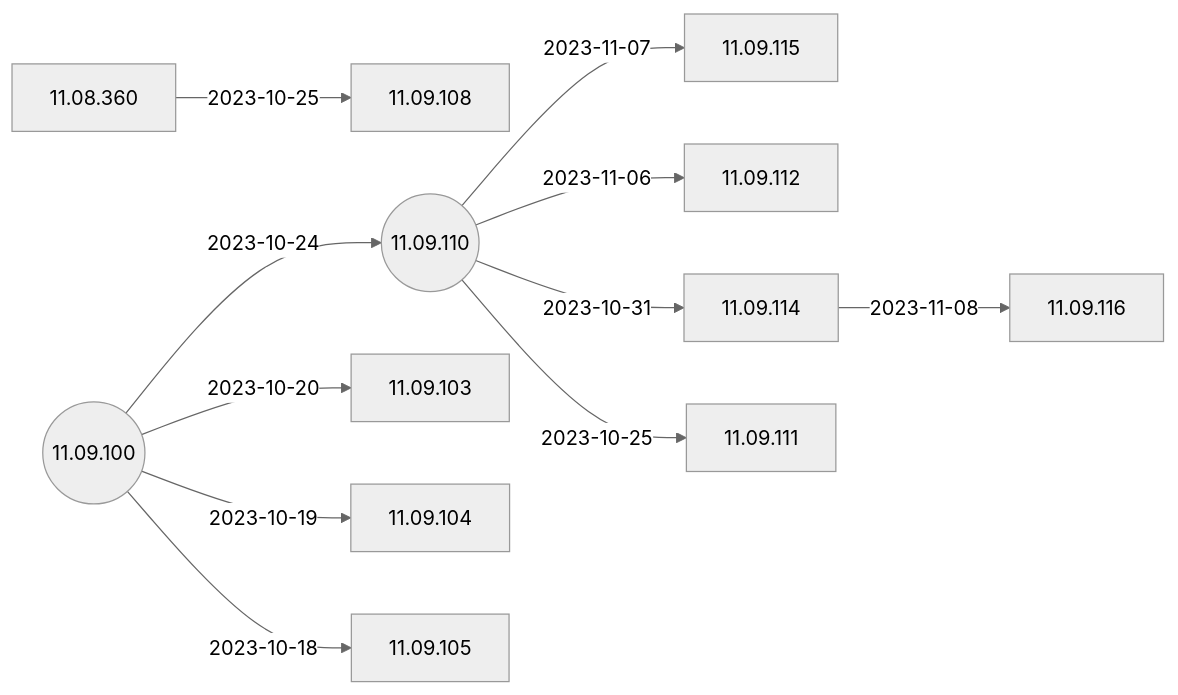
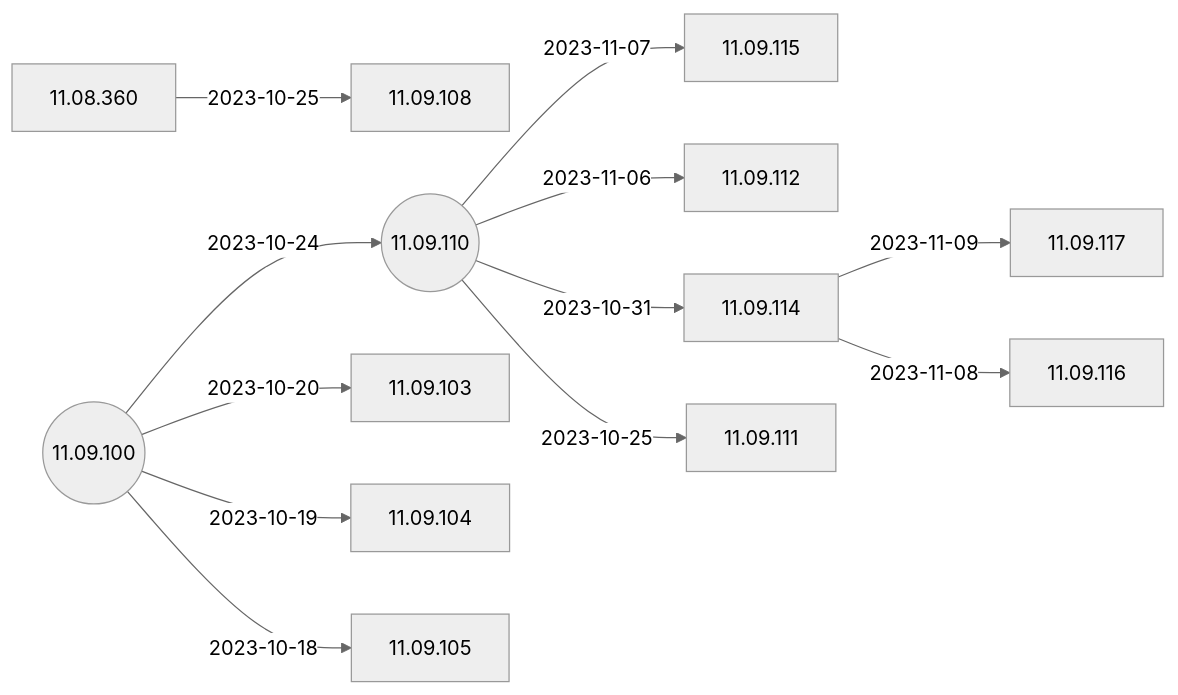
One commit to IGEL-Community/IGEL-Docs-v02 changed the second of 5 diagrams in docs/Docs/ReleaseNotes/01-OS11/README.md. Above: the diagram before and after it, drawn with Mermaid (neutral theme). The commit also changed 2 other files, not shown here.

Commit message:
11.09.117 < 11.09.114

````diff
--- a/docs/Docs/ReleaseNotes/01-OS11/README.md
+++ b/docs/Docs/ReleaseNotes/01-OS11/README.md
@@ -41,25 +41,27 @@
 ```mermaid
 flowchart LR
+    11.09.114-- 2023-11-09 -->11.09.117
     11.09.114-- 2023-11-08 -->11.09.116
     11.09.110-- 2023-11-07 -->11.09.115
     11.09.110-- 2023-11-06 -->11.09.112
     11.09.110-- 2023-10-31 -->11.09.114
     11.08.360-- 2023-10-25 -->11.09.108
     11.09.110-- 2023-10-25 -->11.09.111
     11.09.100-- 2023-10-24 -->11.09.110((11.09.110))
     11.09.100-- 2023-10-20 -->11.09.103
     11.09.100-- 2023-10-19 -->11.09.104
     11.09.100-- 2023-10-18 -->11.09.105
     11.09.100((11.09.100))
+    click 11.09.117 "https://github.com/IGEL-Community/IGEL-Docs-v02/tree/main/docs/Docs/ReleaseNotes/01-OS11/readme11.09.117.txt" _blank
     click 11.09.116 "https://github.com/IGEL-Community/IGEL-Docs-v02/tree/main/docs/Docs/ReleaseNotes/01-OS11/readme11.09.116.txt" _blank
     click 11.09.115 "https://github.com/IGEL-Community/IGEL-Docs-v02/tree/main/docs/Docs/ReleaseNotes/01-OS11/readme11.09.115.txt" _blank
     click 11.09.112 "https://github.com/IGEL-Community/IGEL-Docs-v02/tree/main/docs/Docs/ReleaseNotes/01-OS11/readme11.09.112.txt" _blank
     click 11.09.114 "https://github.com/IGEL-Community/IGEL-Docs-v02/tree/main/docs/Docs/ReleaseNotes/01-OS11/readme11.09.114.txt" _blank
     click 11.09.108 "https://github.com/IGEL-Community/IGEL-Docs-v02/tree/main/docs/Docs/ReleaseNotes/01-OS11/readme11.09.108.txt" _blank
     click 11.09.111 "https://github.com/IGEL-Community/IGEL-Docs-v02/tree/main/docs/Docs/ReleaseNotes/01-OS11/readme11.09.111.txt" _blank
     click 11.09.110 "https://github.com/IGEL-Community/IGEL-Docs-v02/tree/main/docs/Docs/ReleaseNotes/01-OS11/readme11.09.110.txt" _blank
     click 11.09.103 "https://github.com/IGEL-Community/IGEL-Docs-v02/tree/main/docs/Docs/ReleaseNotes/01-OS11/readme11.09.103.txt" _blank
     click 11.09.104 "https://github.com/IGEL-Community/IGEL-Docs-v02/tree/main/docs/Docs/ReleaseNotes/01-OS11/readme11.09.104.txt" _blank
     click 11.09.105 "https://github.com/IGEL-Community/IGEL-Docs-v02/tree/main/docs/Docs/ReleaseNotes/01-OS11/readme11.09.105.txt" _blank
     click 11.09.100 "https://github.com/IGEL-Community/IGEL-Docs-v02/tree/main/docs/Docs/ReleaseNotes/01-OS11/readme11.09.100.txt" _blank
 ```
````
